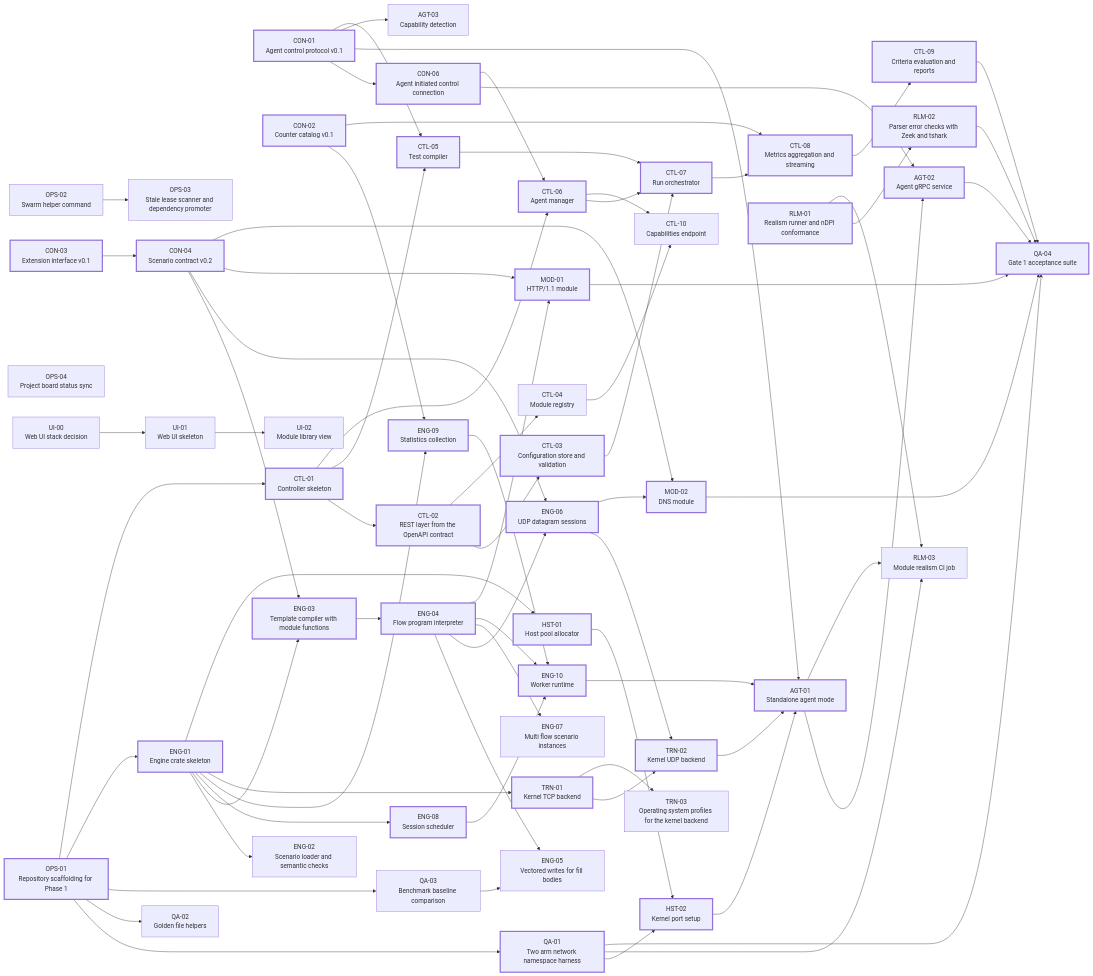
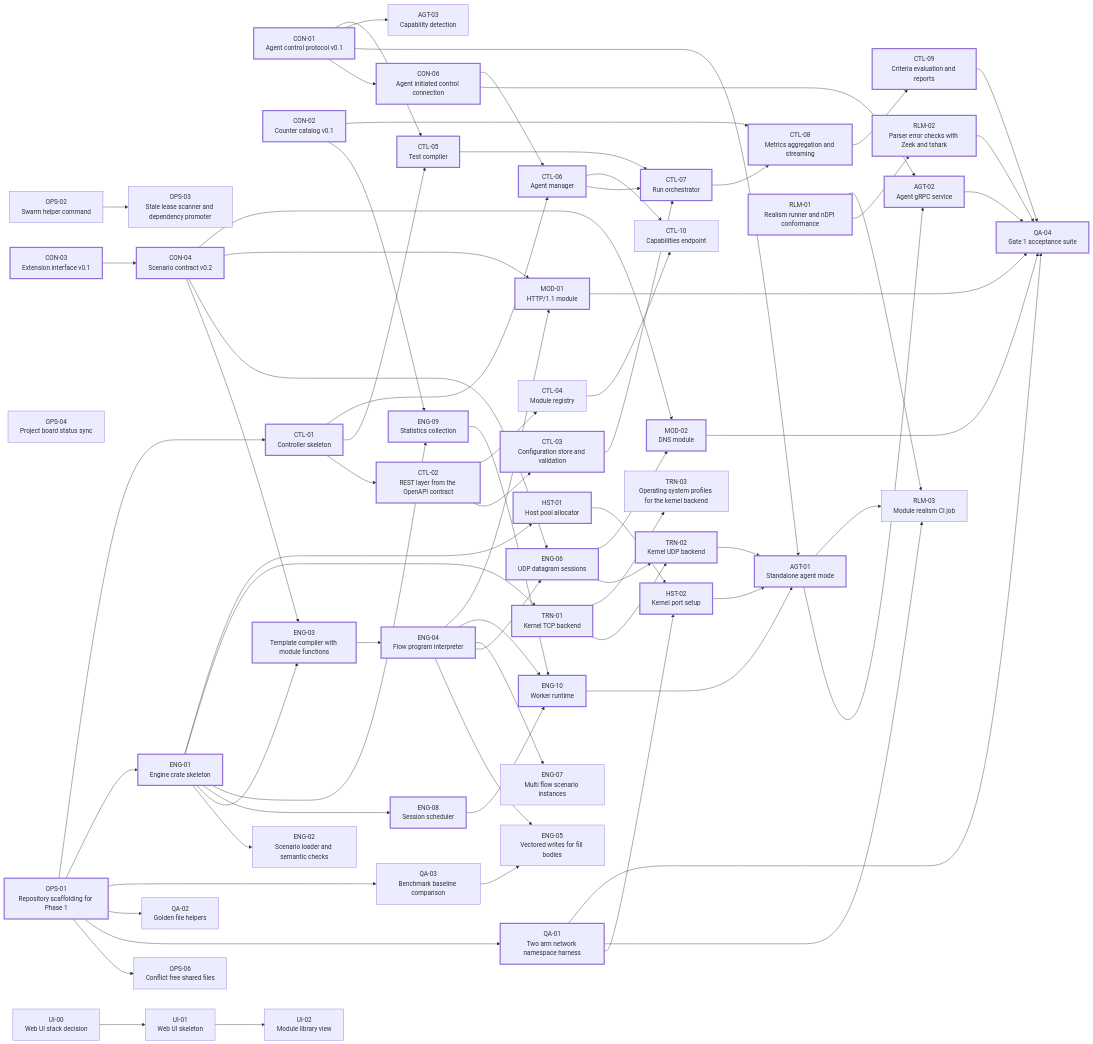
The diagram in docs/wiki/Work-Packages-Phase-1.md (alrawi/FixingPointSystem), drawn with Mermaid before and after one commit. The commit also changed other lines of this file and 58 other files, not shown here.

```diff
--- a/docs/wiki/Work-Packages-Phase-1.md
+++ b/docs/wiki/Work-Packages-Phase-1.md
@@ -15,6 +15,7 @@
   OPS_02["OPS-02<br/>Swarm helper command"]
   OPS_03["OPS-03<br/>Stale lease scanner and dependency promoter"]
   OPS_04["OPS-04<br/>Project board status sync"]
+  OPS_06["OPS-06<br/>Conflict free shared files"]
   QA_01["QA-01<br/>Two arm network namespace harness"]
   QA_02["QA-02<br/>Golden file helpers"]
   QA_03["QA-03<br/>Benchmark baseline comparison"]
@@ -61,6 +62,7 @@
   UI_01["UI-01<br/>Web UI skeleton"]
   UI_02["UI-02<br/>Module library view"]
   OPS_02 --> OPS_03
+  OPS_01 --> OPS_06
   OPS_01 --> QA_01
   OPS_01 --> QA_02
   OPS_01 --> QA_03
```
